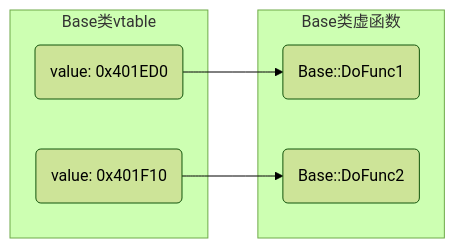
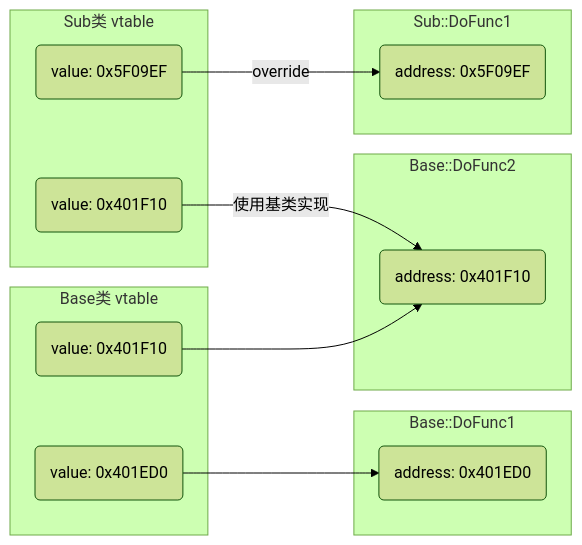
The seventh of 9 diagrams in _posts/language/c_c++/c++/OOP/2024-11-01-面向对象.md (dmjcb/dmjcb.github.io), drawn with Mermaid (forest theme) before and after one commit. The commit also changed other lines of this file and 35 other files, not shown here.

````diff
--- a/_posts/language/c_c++/c++/OOP/2024-11-01-面向对象.md
+++ b/_posts/language/c_c++/c++/OOP/2024-11-01-面向对象.md
@@ -467,13 +998,21 @@
 ```mermaid
 graph LR
-    subgraph Base类虚函数
-        A(Base::DoFunc1)
-        B(Base::DoFunc2)
+    subgraph "Base::DoFunc2"
+        B(address: 0x401F10)
     end
-    subgraph Base类vtable
-        C(value: 0x401ED0)
-        D(value: 0x401F10)
-        C-->A
-        D-->B
+    subgraph "Base::DoFunc1"
+        A(address: 0x401ED0)
+    end
+    subgraph Base类 vtable
+        D(value: 0x401F10)-->B
+        C(value: 0x401ED0)-->A
+    end
+
+    subgraph "Sub::DoFunc1"
+        A1(address: 0x5F09EF)
+    end
+    subgraph Sub类 vtable
+        C1(value: 0x5F09EF)--"override"-->A1
+        D1(value: 0x401F10)--使用基类实现-->B
     end
 ```
````
